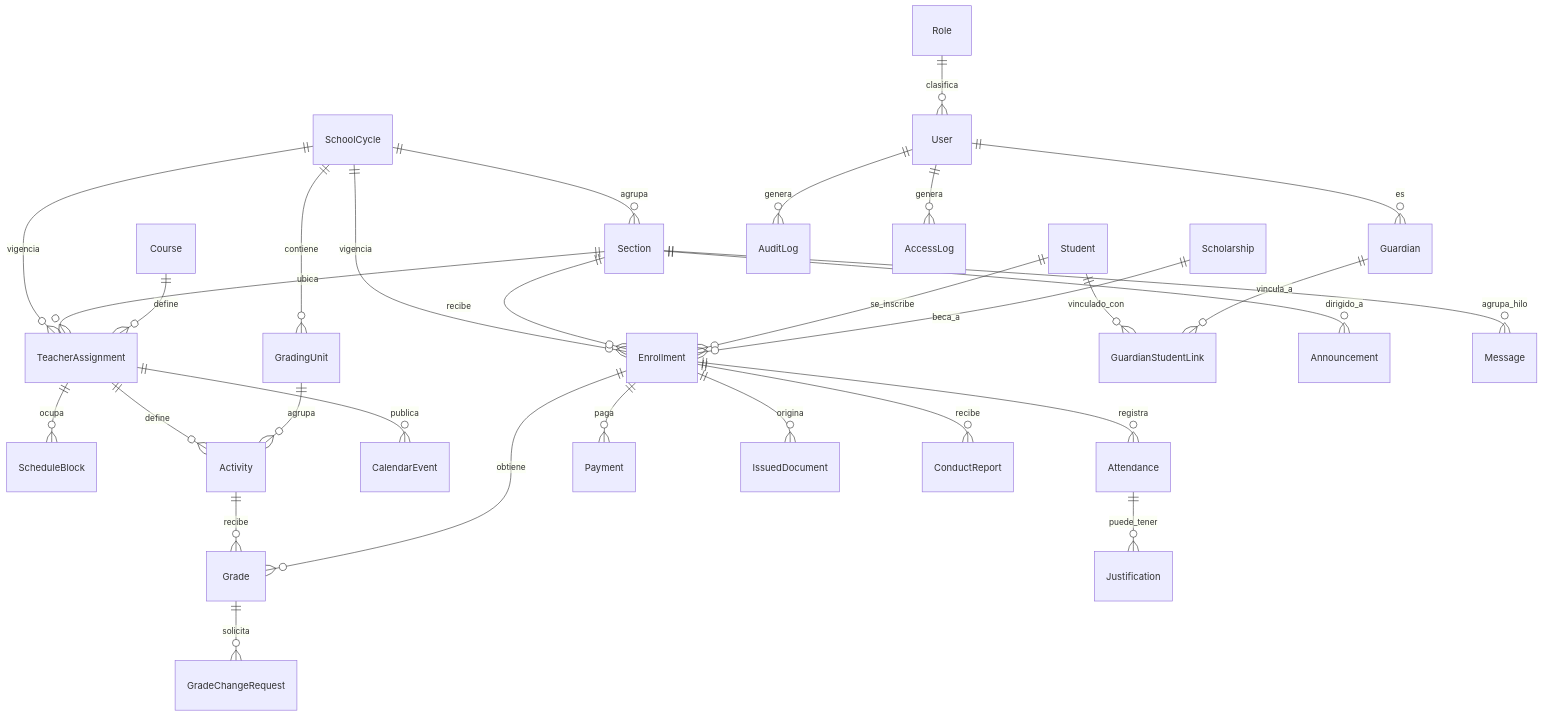
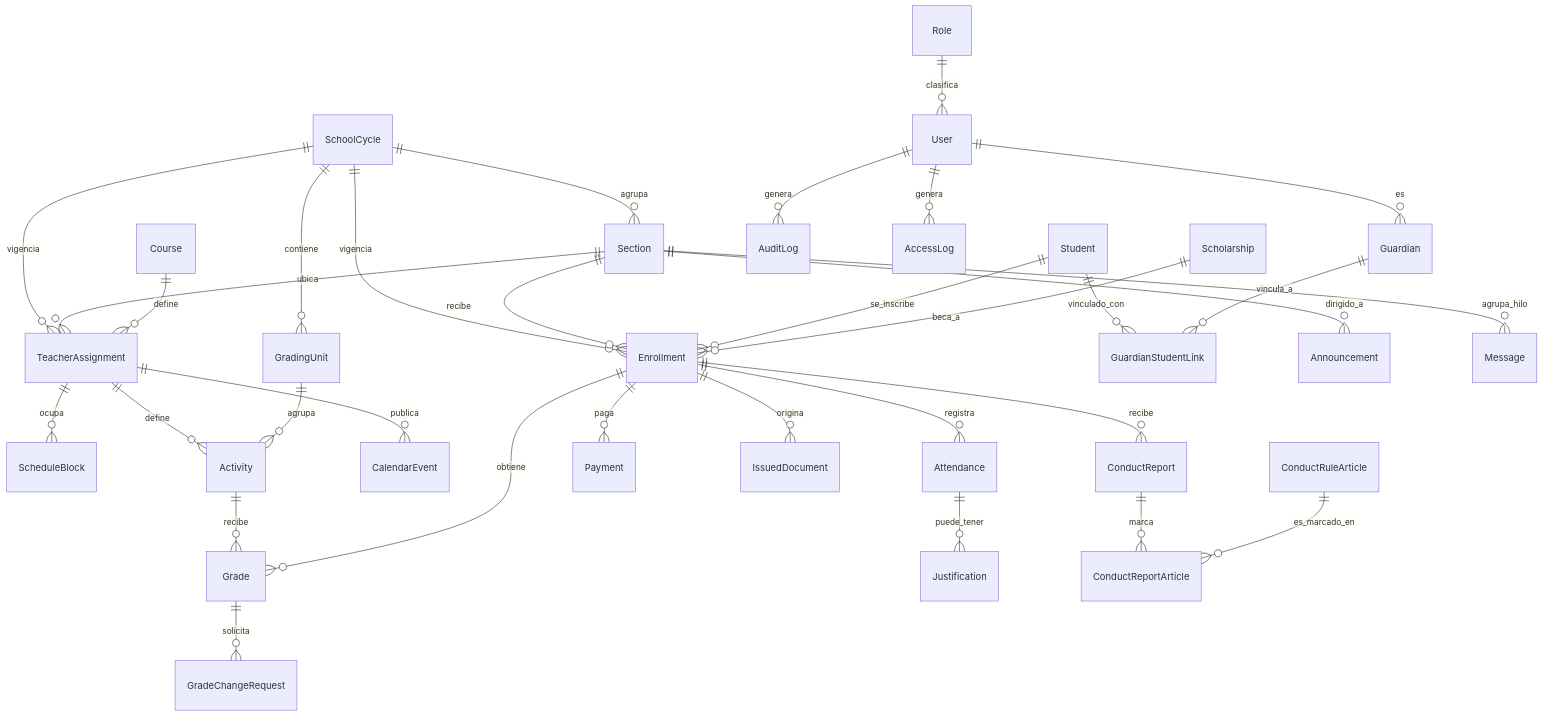
Before and after one commit to kostritzer24/Ando: the diagram in docs/modelo-datos.md, drawn with Mermaid. The commit also changed other lines of this file and 7 other files, not shown here.

````diff
--- a/docs/modelo-datos.md
+++ b/docs/modelo-datos.md
@@ -310,35 +334,37 @@
 ```mermaid
 erDiagram
     SchoolCycle ||--o{ GradingUnit : contiene
     SchoolCycle ||--o{ Section : agrupa
     SchoolCycle ||--o{ TeacherAssignment : vigencia
     SchoolCycle ||--o{ Enrollment : vigencia
     Section ||--o{ Enrollment : recibe
     Section ||--o{ TeacherAssignment : ubica
     Course ||--o{ TeacherAssignment : define
     TeacherAssignment ||--o{ ScheduleBlock : ocupa
     TeacherAssignment ||--o{ Activity : define
     TeacherAssignment ||--o{ CalendarEvent : publica
     GradingUnit ||--o{ Activity : agrupa
     Activity ||--o{ Grade : recibe
     Grade ||--o{ GradeChangeRequest : solicita
     Enrollment ||--o{ Grade : obtiene
 
     Student ||--o{ Enrollment : se_inscribe
     Student ||--o{ GuardianStudentLink : vinculado_con
     Guardian ||--o{ GuardianStudentLink : vincula_a
     Enrollment ||--o{ Attendance : registra
     Attendance ||--o{ Justification : puede_tener
     Enrollment ||--o{ Payment : paga
     Scholarship ||--o{ Enrollment : beca_a
     Enrollment ||--o{ IssuedDocument : origina
 
     Section ||--o{ Announcement : dirigido_a
     Enrollment ||--o{ ConductReport : recibe
+    ConductReport ||--o{ ConductReportArticle : marca
+    ConductRuleArticle ||--o{ ConductReportArticle : es_marcado_en
     Section ||--o{ Message : agrupa_hilo
 
     Role ||--o{ User : clasifica
     User ||--o{ Guardian : es
     User ||--o{ AuditLog : genera
     User ||--o{ AccessLog : genera
 ```
````
